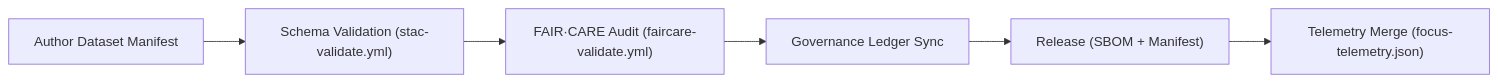
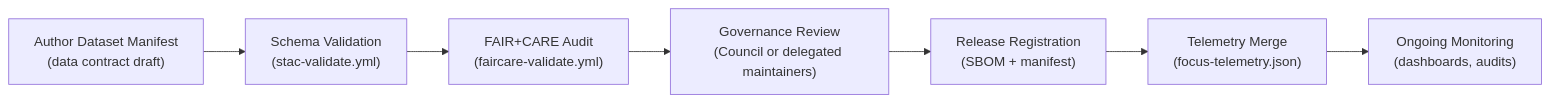
One commit to bartytime4life/Kansas-Frontier-Matrix changed the diagram in docs/standards/data-contracts.md. Above: the diagram before and after it, drawn with Mermaid. The commit also changed other lines of this file, not shown here.

First line of the commit message:
Upgrade data contracts to version 11.0.0

````diff
--- a/docs/standards/data-contracts.md
+++ b/docs/standards/data-contracts.md
@@ -64,8 +127,9 @@
 ```mermaid
 flowchart LR
-  A["Author Dataset Manifest"] --> B["Schema Validation (stac-validate.yml)"]
-  B --> C["FAIR·CARE Audit (faircare-validate.yml)"]
-  C --> D["Governance Ledger Sync"]
-  D --> E["Release (SBOM + Manifest)"]
-  E --> F["Telemetry Merge (focus-telemetry.json)"]
+  A["Author Dataset Manifest<br/>(data contract draft)"] --> B["Schema Validation<br/>(stac-validate.yml)"]
+  B --> C["FAIR+CARE Audit<br/>(faircare-validate.yml)"]
+  C --> D["Governance Review<br/>(Council or delegated maintainers)"]
+  D --> E["Release Registration<br/>(SBOM + manifest)"]
+  E --> F["Telemetry Merge<br/>(focus-telemetry.json)"]
+  F --> G["Ongoing Monitoring<br/>(dashboards, audits)"]
 ```
````
